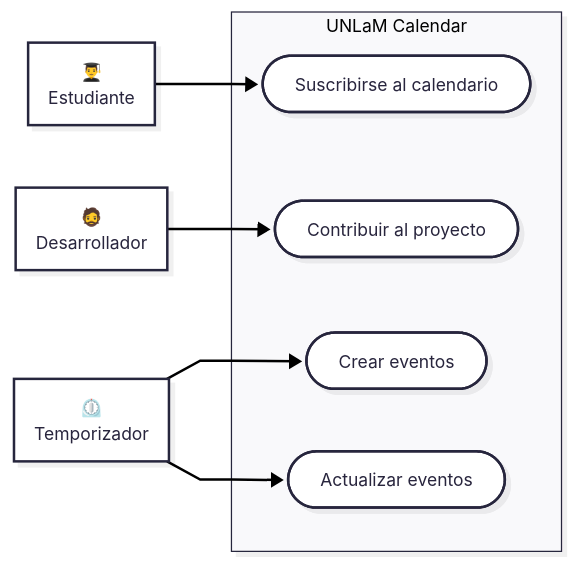
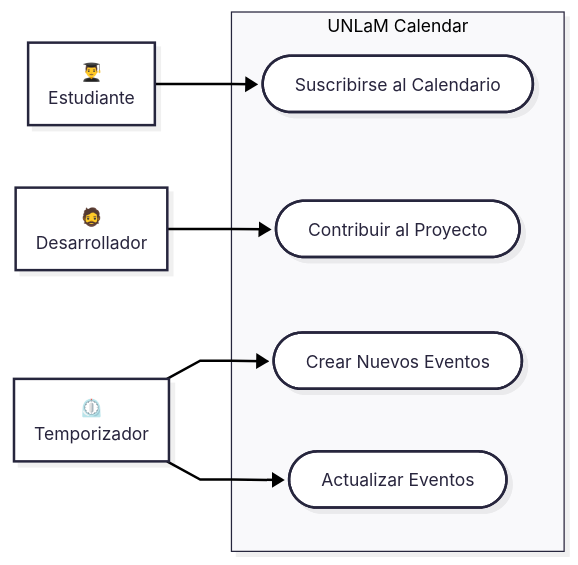
The second of 2 diagrams in .github/docs/README.md (hozlucas28/UNLaM-Calendar), drawn with Mermaid before and after one commit. The commit also changed other lines of this file and 1 other file, not shown here.

Commit message:
docs: create use case specifications

````diff
--- a/.github/docs/README.md
+++ b/.github/docs/README.md
@@ -67,24 +67,24 @@
 ```mermaid
 ---
 config:
   look: neo
   theme: redux
   flowchart:
     curve: linear
     inheritDir: true
     htmlLabels: true
 ---
 
 flowchart LR
 	Student["👨‍🎓<br />Estudiante"] --> UseCase01
 	Contributor["🧔<br />Desarrollador"] --> UseCase02
 	Timer["⏲️<br />Temporizador"] --> UseCase03
 	Timer["⏲️<br />Temporizador"] --> UseCase04
 
   subgraph "UNLaM Calendar"
-			UseCase01([Suscribirse al calendario])
-			UseCase02([Contribuir al proyecto])
-			UseCase03([Crear eventos])
-			UseCase04([Actualizar eventos])
+			UseCase01([Suscribirse al Calendario])
+			UseCase02([Contribuir al Proyecto])
+			UseCase03([Crear Nuevos Eventos])
+			UseCase04([Actualizar Eventos])
   end
 ```
````
